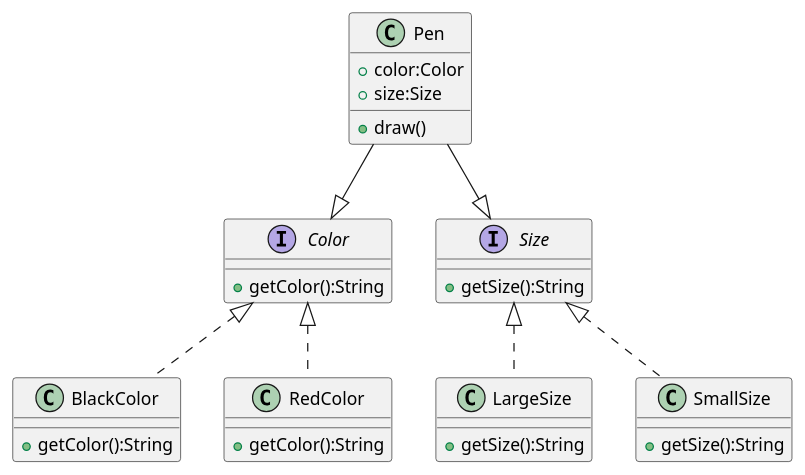
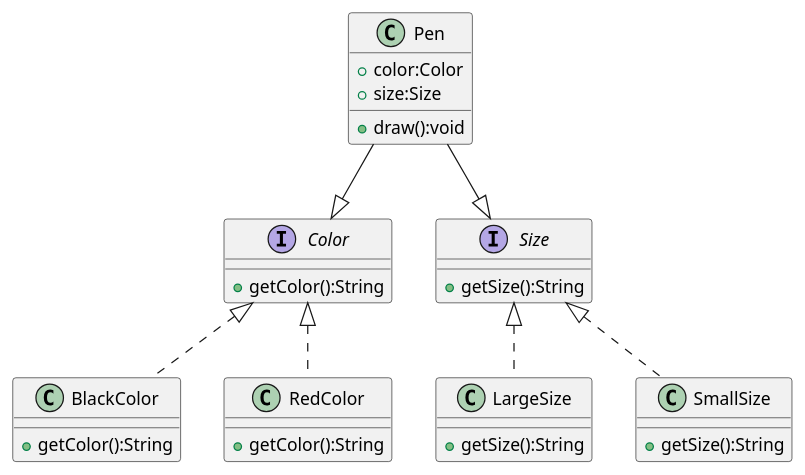
One commit to 20km-shimakaze/SthCode changed the diagram in UML/设计模式/1_1.pu. Above: the diagram before and after it, drawn with PlantUML. The commit also changed 16 other files, not shown here.

```diff
--- a/UML/设计模式/1_1.pu
+++ b/UML/设计模式/1_1.pu
@@ -1,36 +1,36 @@
-.@startuml
+@startuml 1_1
 
 class Pen {
   +color:Color
   +size:Size
-  +draw()
+  +draw():void
 }
 
 interface Color {
 	+getColor():String
 }
 
 interface Size {
 	+getSize():String
 }
 
 class BlackColor{
 	+getColor():String
 }
 class RedColor{
     +getColor():String
 }
 class LargeSize{
     +getSize():String
 }
 class SmallSize{
     +getSize():String
 }
 
 Size <|.. LargeSize
 Size <|.. SmallSize
 Color <|.. BlackColor
 Color <|.. RedColor
 Pen --|> Color
 Pen --|> Size
 @enduml
```
